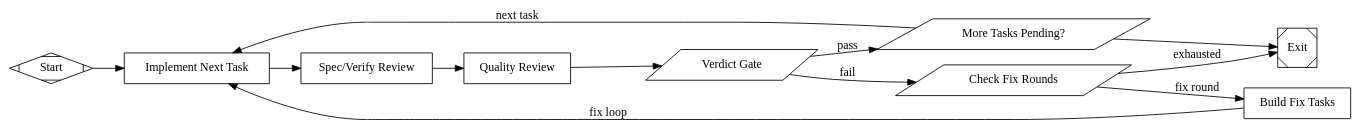
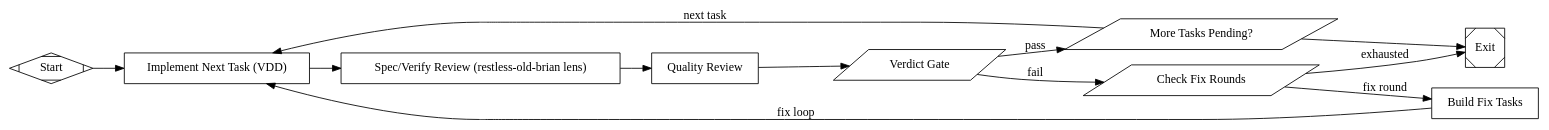
One commit to kenotron-ms/attractor-pipelines changed the diagram in pipelines/idea_to_shipped/subgraphs/build_loop.dot. Above: the diagram before and after it, drawn with Graphviz. The commit also changed 1 other file, not shown here.

```diff
--- a/pipelines/idea_to_shipped/subgraphs/build_loop.dot
+++ b/pipelines/idea_to_shipped/subgraphs/build_loop.dot
@@ -1,71 +1,79 @@
 // build_loop.dot
 //
 // Verdict-gated build loop: Implement -> VerifySpec -> QualityReview ->
 // VerdictGate -> (pass: exit) | (fail: CheckFixRounds -> BuildFixTasks ->
 // loop back to Implement). Modeled on amplifier-resolver-dot-graph's
 // develop.dot Ralph-loop pattern, mined from real fix-loop session arcs.
+//
+// NOT TDD. This is Verification Driven Development (VDD): human attention
+// is sacred, so every task proves itself with the CHEAPEST verification
+// that actually shows it works (static analysis, run it directly, curl,
+// browser, DTU/reality-check) -- not a reflexive "write a unit test."
+// VerifySpec applies the restless-old-brian lens: is it REAL, proven
+// end-to-end as a user would experience it -- proof over claims, plumbing
+// before polish, fail loud over silent fallbacks.
 //
 // Required context variables (injected by parent via graph attrs / $vars):
 //   $max_fix_rounds  - cap on fix iterations (default 3)
 //
 // Context outputs (declared via `outputs=` on the folder node in the parent):
 //   build.verdict          - final "pass" | "exhausted"
 //   build.fix_rounds_used  - integer count of fix rounds consumed
 
 digraph build_loop {
   graph [rankdir=LR, default_max_retry=2, default_fidelity="summary:high"];
 
   Start [shape=Mdiamond, label="Start"];
   Exit  [shape=Msquare,  label="Exit"];
 
   Implement [
     shape=box, goal_gate=true, fidelity="full",
-    label="Implement Next Task",
-    prompt="Read .ai/plan.md. Implement the next unchecked [ ] task using TDD: write the failing test first, confirm it fails, then write minimal code to pass. Check the task off when green. Print the single line: implement_done"
+    label="Implement Next Task (VDD)",
+    prompt="Read .ai/plan.md. Implement the next unchecked [ ] task. This is Verification Driven Development, NOT TDD -- do not default to writing a unit test first. Use the verification method specified for this task in the plan (static analysis, direct execution, curl/HTTP, browser, or DTU) and run it for real: if you didn't run it, you haven't verified it. Check the task off only once its actual verification command has been run and passes. Print the single line: implement_done"
   ];
 
   VerifySpec [
     shape=box, goal_gate=true, fidelity="full",
-    label="Spec/Verify Review",
-    prompt="Review the implementation against .ai/plan.md and .ai/acceptance_criteria.md. Write .resolve/verify/verdict.json with {\"verdict\": \"pass\"|\"fail\", \"findings\": [...]}. Print the single line: verify_done"
+    label="Spec/Verify Review (restless-old-brian lens)",
+    prompt="Review the implementation against .ai/plan.md and .ai/acceptance_criteria.md using the restless-old-brian lens: is this REAL and proven end-to-end, the way a user would actually experience it -- not just 'the code exists' or 'a mock passed'? Demand proof over claims. Re-run each task's stated verification command yourself and confirm the actual output, don't trust a prior claim of success. Flag any silent fallback or swallowed error as a fail -- fail loud, don't hide problems. Write .resolve/verify/verdict.json with {\"verdict\": \"pass\"|\"fail\", \"findings\": [...]}. Print the single line: verify_done"
   ];
 
   QualityReview [
     shape=box, goal_gate=true, fidelity="full",
     label="Quality Review",
-    prompt="Review code quality: readability, error handling, test coverage, no dead code. Write .resolve/quality/verdict.json with {\"verdict\": \"pass\"|\"fail\", \"findings\": [...]}. Print the single line: quality_done"
+    prompt="Review code quality: readability, error handling, test coverage where tests are the right verification (library code), no dead code. Write .resolve/quality/verdict.json with {\"verdict\": \"pass\"|\"fail\", \"findings\": [...]}. Print the single line: quality_done"
   ];
 
   VerdictGate [
     shape=parallelogram, label="Verdict Gate",
     tool_command="#!/bin/sh\nset -e\nv1=$(python3 -c \"import json;print(json.load(open('.resolve/verify/verdict.json'))['verdict'])\" 2>/dev/null || echo fail)\nv2=$(python3 -c \"import json;print(json.load(open('.resolve/quality/verdict.json'))['verdict'])\" 2>/dev/null || echo fail)\nif [ \"$v1\" = \"pass\" ] && [ \"$v2\" = \"pass\" ]; then printf 'pass'; else printf 'fail'; fi"
   ];
 
   CheckFixRounds [
     shape=parallelogram, label="Check Fix Rounds",
     tool_command="#!/bin/sh\nset -e\nmkdir -p .ai\ncount=$(python3 -c \"import json,os;p='.ai/fix_state.json';d=json.load(open(p)) if os.path.exists(p) else {'count':0};d['count']+=1;json.dump(d,open(p,'w'));print(d['count'])\")\nmax=${max_fix_rounds:-3}\nif [ \"$count\" -le \"$max\" ]; then printf 'fix_ok'; else printf 'fix_exhausted'; fi"
   ];
 
   BuildFixTasks [
     shape=box, goal_gate=true, fidelity="full",
     label="Build Fix Tasks",
-    prompt="Read the verdict findings in .resolve/verify/verdict.json and .resolve/quality/verdict.json. Append new [ ] tasks to .ai/plan.md addressing each failure, most specific/actionable first. Print the single line: fix_tasks_built"
+    prompt="Read the verdict findings in .resolve/verify/verdict.json and .resolve/quality/verdict.json. Append new [ ] tasks to .ai/plan.md addressing each failure, most specific/actionable first, each with its own exact verification command. Print the single line: fix_tasks_built"
   ];
 
   MoreTasks [
     shape=parallelogram, label="More Tasks Pending?",
     tool_command="#!/bin/sh\nset -e\nif grep -q '\\[ \\]' .ai/plan.md 2>/dev/null; then printf 'has_tasks'; else printf 'no_tasks'; fi"
   ];
 
   Start          -> Implement;
   Implement      -> VerifySpec;
   VerifySpec     -> QualityReview;
   QualityReview  -> VerdictGate;
   VerdictGate    -> MoreTasks       [condition="context.tool.last_line=pass", label="pass", weight="2"];
   VerdictGate    -> CheckFixRounds  [condition="context.tool.last_line=fail", label="fail"];
   CheckFixRounds -> BuildFixTasks   [condition="context.tool.last_line=fix_ok",       label="fix round"];
   CheckFixRounds -> Exit            [condition="context.tool.last_line=fix_exhausted", label="exhausted"];
   BuildFixTasks  -> Implement       [loop_restart="true", label="fix loop"];
   MoreTasks      -> Implement       [condition="context.tool.last_line=has_tasks", loop_restart="true", label="next task"];
   MoreTasks      -> Exit            [condition="context.tool.last_line=no_tasks"];
 }
```
